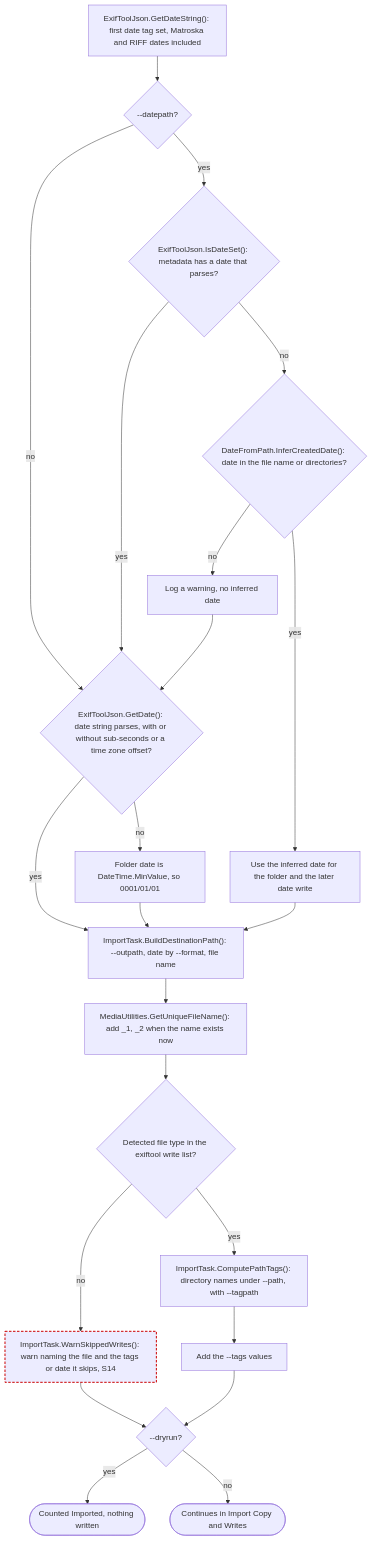
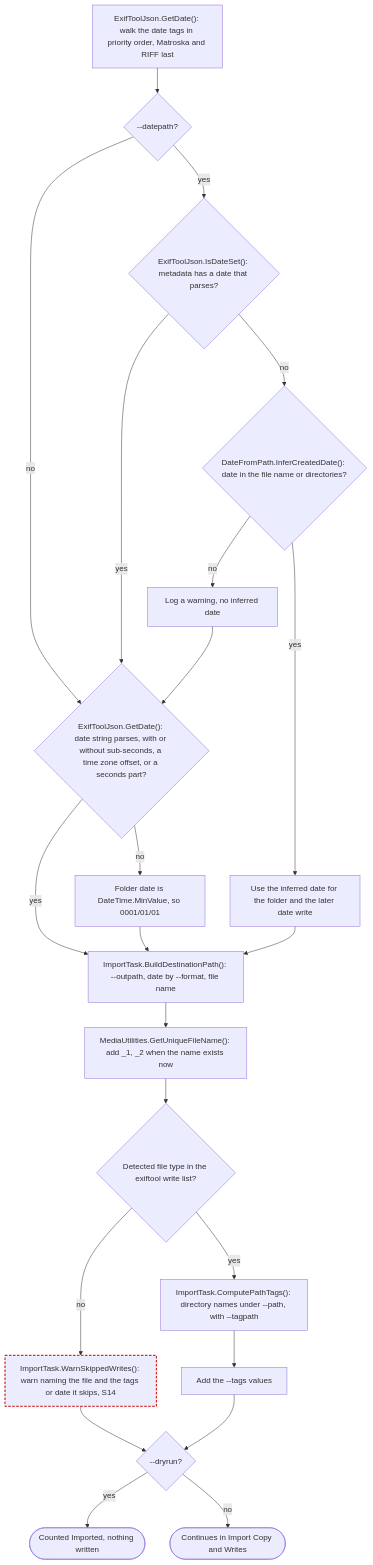
Diagram 12 of 23 in ARCHITECTURE.md (ptr727/PhotoCleaner), drawn with Mermaid before and after one commit. The commit also changed other lines of this file and 2 other files, not shown here.

Commit message:
Parse Long Matroska Fractions and Less Precise Dates

````diff
--- a/ARCHITECTURE.md
+++ b/ARCHITECTURE.md
@@ -713,26 +713,26 @@
 ```mermaid
 flowchart TD
-  start["ExifToolJson.GetDateString(): first date tag set, Matroska and RIFF dates included"]
+  start["ExifToolJson.GetDate(): walk the date tags in priority order, Matroska and RIFF last"]
   start --> dpQ{"--datepath?"}
   dpQ -->|"no"| getDate
   dpQ -->|"yes"| setQ{"ExifToolJson.IsDateSet(): metadata has a date that parses?"}
-  setQ -->|"yes"| getDate{"ExifToolJson.GetDate(): date string parses, with or without sub-seconds or a time zone offset?"}
+  setQ -->|"yes"| getDate{"ExifToolJson.GetDate(): date string parses, with or without sub-seconds, a time zone offset, or a seconds part?"}
   setQ -->|"no"| infer{"DateFromPath.InferCreatedDate(): date in the file name or directories?"}
   infer -->|"yes"| inferred["Use the inferred date for the folder and the later date write"]
   infer -->|"no"| inferWarn["Log a warning, no inferred date"]
   inferWarn --> getDate
   getDate -->|"yes"| build
   getDate -->|"no"| minDate["Folder date is DateTime.MinValue, so 0001/01/01"]
   minDate --> build
   inferred --> build["ImportTask.BuildDestinationPath(): --outpath, date by --format, file name"]
   build --> unique["MediaUtilities.GetUniqueFileName(): add _1, _2 when the name exists now"]
   unique --> writeQ{"Detected file type in the exiftool write list?"}
   writeQ -->|"no"| dropped["ImportTask.WarnSkippedWrites(): warn naming the file and the tags or date it skips, S14"]:::suspect
   writeQ -->|"yes"| tags["ImportTask.ComputePathTags(): directory names under --path, with --tagpath"]
   tags --> addTags["Add the --tags values"]
   dropped --> dryQ{"--dryrun?"}
   addTags --> dryQ
   dryQ -->|"yes"| dryImported(["Counted Imported, nothing written"])
   dryQ -->|"no"| next(["Continues in Import Copy and Writes"])
   classDef suspect stroke:#c00,stroke-width:2px,stroke-dasharray:5 3
 ```
````
